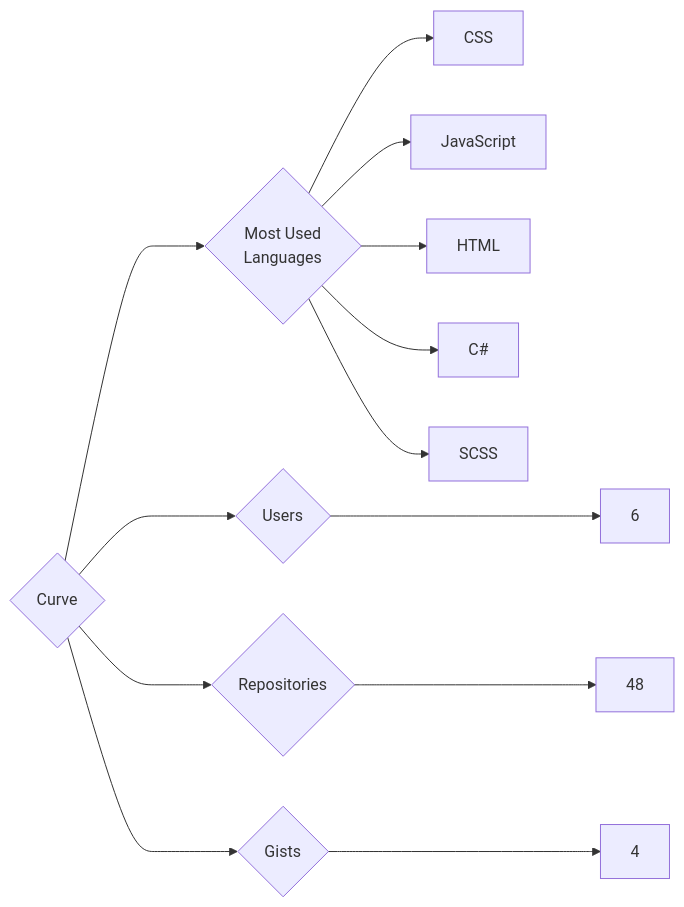
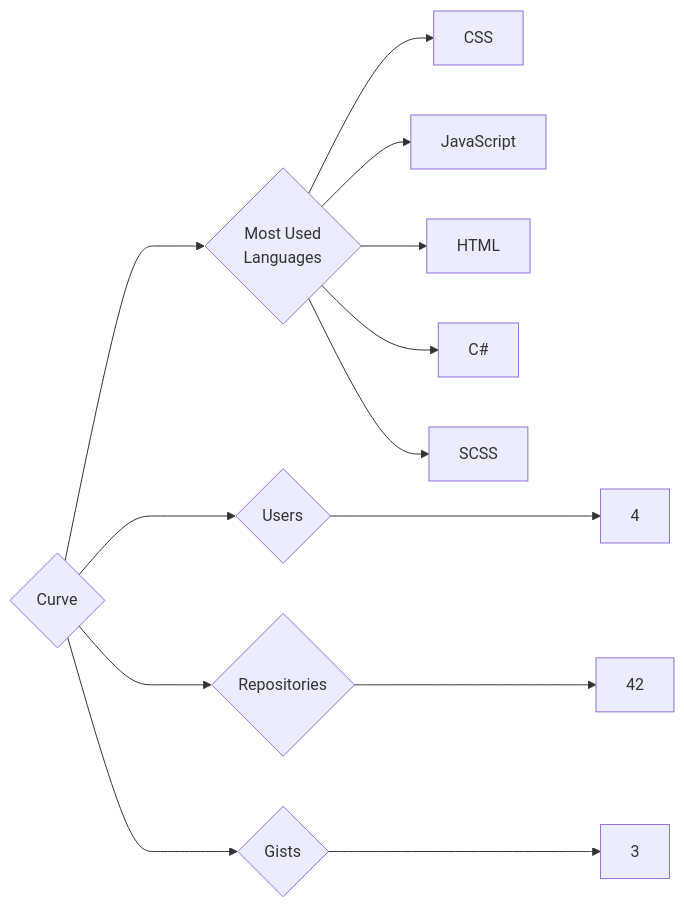
The diagram in targets/Curve/README.md (trickest/insiders), drawn with Mermaid before and after one commit. The commit also changed 814 other files, not shown here.

````diff
--- a/targets/Curve/README.md
+++ b/targets/Curve/README.md
@@ -3,13 +3,13 @@
 ```mermaid
 graph LR
 COMPANY_NAME{Curve}
-COMPANY_NAME ---> U{Users} ---> UN[6]
-COMPANY_NAME ---> R{Repositories} ---> RN[48]
-COMPANY_NAME ---> G{Gists} ---> GN[4]
+COMPANY_NAME ---> U{Users} ---> UN[4]
+COMPANY_NAME ---> R{Repositories} ---> RN[42]
+COMPANY_NAME ---> G{Gists} ---> GN[3]
 COMPANY_NAME ---> ML{Most Used<br>Languages}
 ML --> CSS[CSS]
 ML --> JavaScript[JavaScript]
 ML --> HTML[HTML]
 ML --> C#[C#]
 ML --> SCSS[SCSS]
 ```
````
